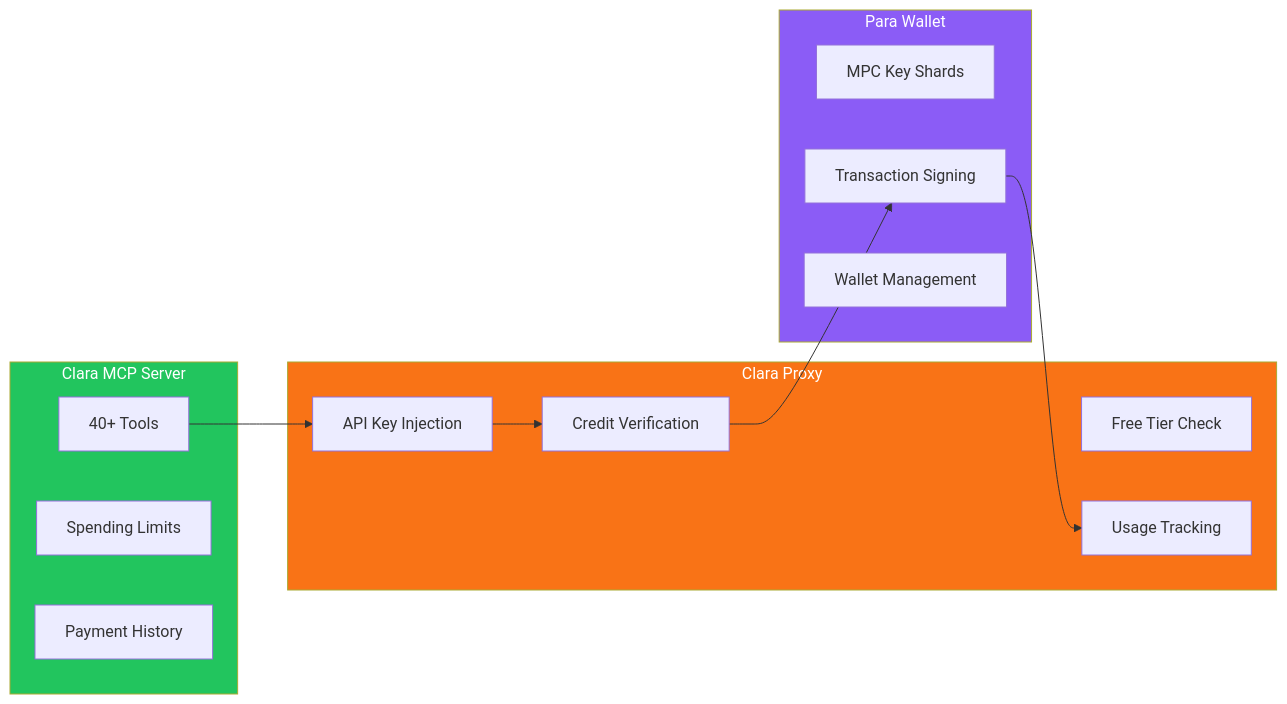
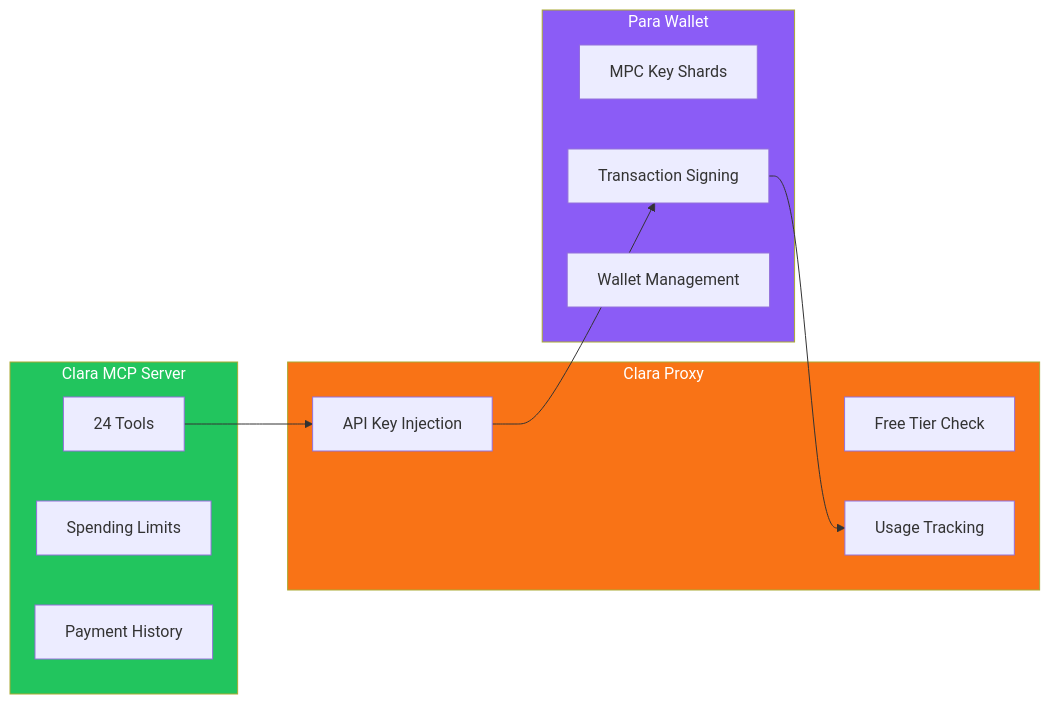
Before and after one commit to bflynn4141/clara-mcp: the second of 5 diagrams in docs/diagrams/CLARA_SYSTEM.md, drawn with Mermaid. The commit also changed other lines of this file and 135 other files, not shown here.

````diff
--- a/docs/diagrams/CLARA_SYSTEM.md
+++ b/docs/diagrams/CLARA_SYSTEM.md
@@ -43,30 +39,28 @@
 ```mermaid
 flowchart LR
     subgraph MCP["Clara MCP Server"]
-        Tools[40+ Tools]
+        Tools[24 Tools]
         Limits[Spending Limits]
         History[Payment History]
     end
 
     subgraph Proxy["Clara Proxy"]
         Auth[API Key Injection]
         Free[Free Tier Check]
-        Credit[Credit Verification]
         Track[Usage Tracking]
     end
 
     subgraph Para["Para Wallet"]
         MPC[MPC Key Shards]
         Sign[Transaction Signing]
         Wallet[Wallet Management]
     end
 
     Tools --> Auth
-    Auth --> Credit
-    Credit --> Sign
+    Auth --> Sign
     Sign --> Track
 
     style MCP fill:#22c55e,color:#fff
     style Proxy fill:#f97316,color:#fff
     style Para fill:#8b5cf6,color:#fff
 ```
````
